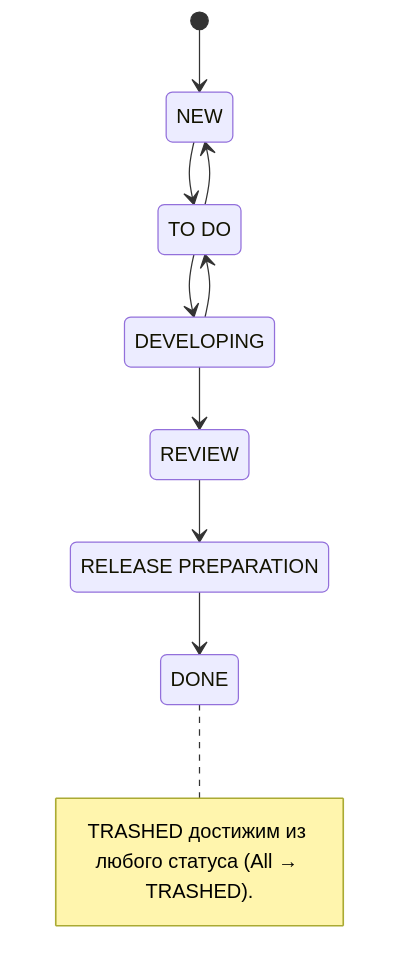
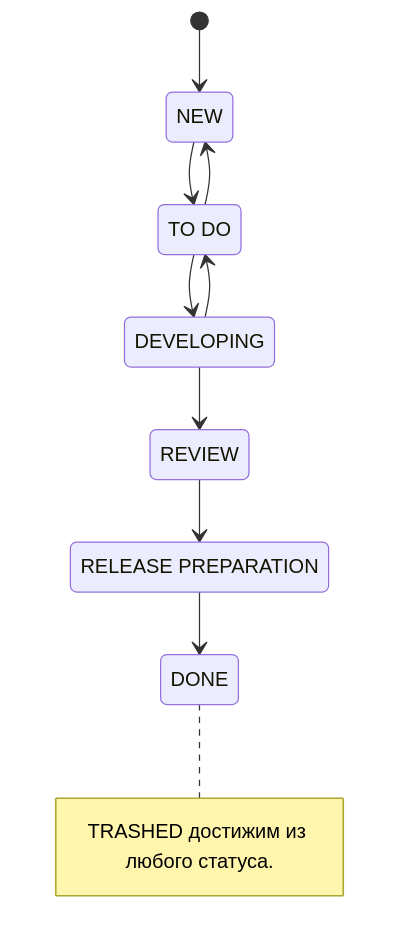
One commit to therealalexmois/dotfiles changed the diagram in ai-agents/.agents/skills/jira-team-workflow/SKILL.md. Above: the diagram before and after it, drawn with Mermaid. The commit also changed other lines of this file, not shown here.

````diff
--- a/ai-agents/.agents/skills/jira-team-workflow/SKILL.md
+++ b/ai-agents/.agents/skills/jira-team-workflow/SKILL.md
@@ -25,22 +23,22 @@
 ```mermaid
 stateDiagram-v2
     [*] --> New
     New --> ToDo
     ToDo --> New
     ToDo --> Developing
     Developing --> ToDo
     Developing --> Review
     Review --> ReleasePreparation
     ReleasePreparation --> Done
 
     New: NEW
     ToDo: TO DO
     Developing: DEVELOPING
     Review: REVIEW
     ReleasePreparation: RELEASE PREPARATION
     Done: DONE
 
     note right of Done
-        TRASHED достижим из любого статуса (All → TRASHED).
+        TRASHED достижим из любого статуса.
     end note
 ```
````
